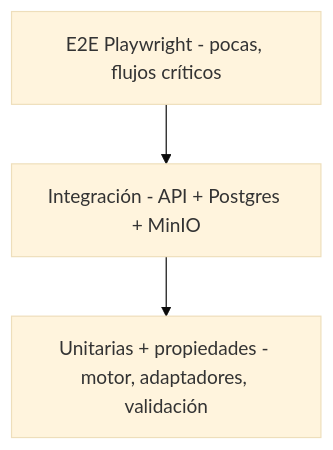
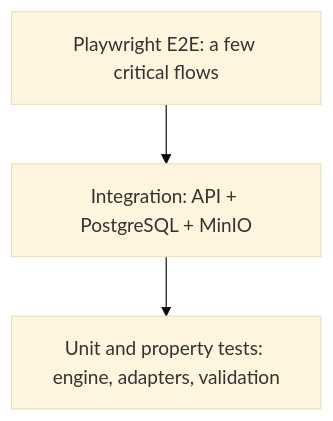
The diagram in docs/TESTING_STRATEGY.md (Dieguezar/opentournament), drawn with Mermaid (base theme) before and after one commit. The commit also changed other lines of this file and 16 other files, not shown here.

Commit message:
docs(architecture): align English technical reference

````diff
--- a/docs/TESTING_STRATEGY.md
+++ b/docs/TESTING_STRATEGY.md
@@ -5,7 +5,7 @@
 ```mermaid
 flowchart TB
-  E2E[E2E Playwright - pocas, flujos críticos]
-  INT[Integración - API + Postgres + MinIO]
-  UNIT[Unitarias + propiedades - motor, adaptadores, validación]
+  E2E[Playwright E2E: a few critical flows]
+  INT[Integration: API + PostgreSQL + MinIO]
+  UNIT[Unit and property tests: engine, adapters, validation]
   E2E --> INT --> UNIT
 ```
````
